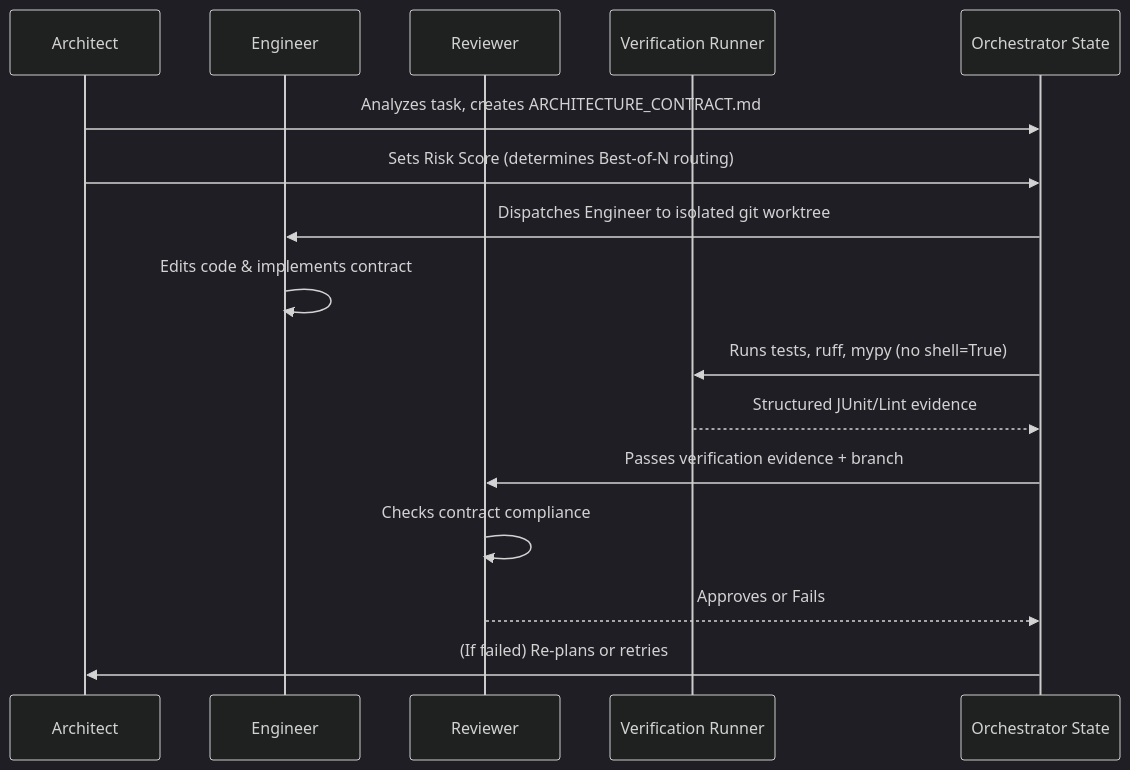
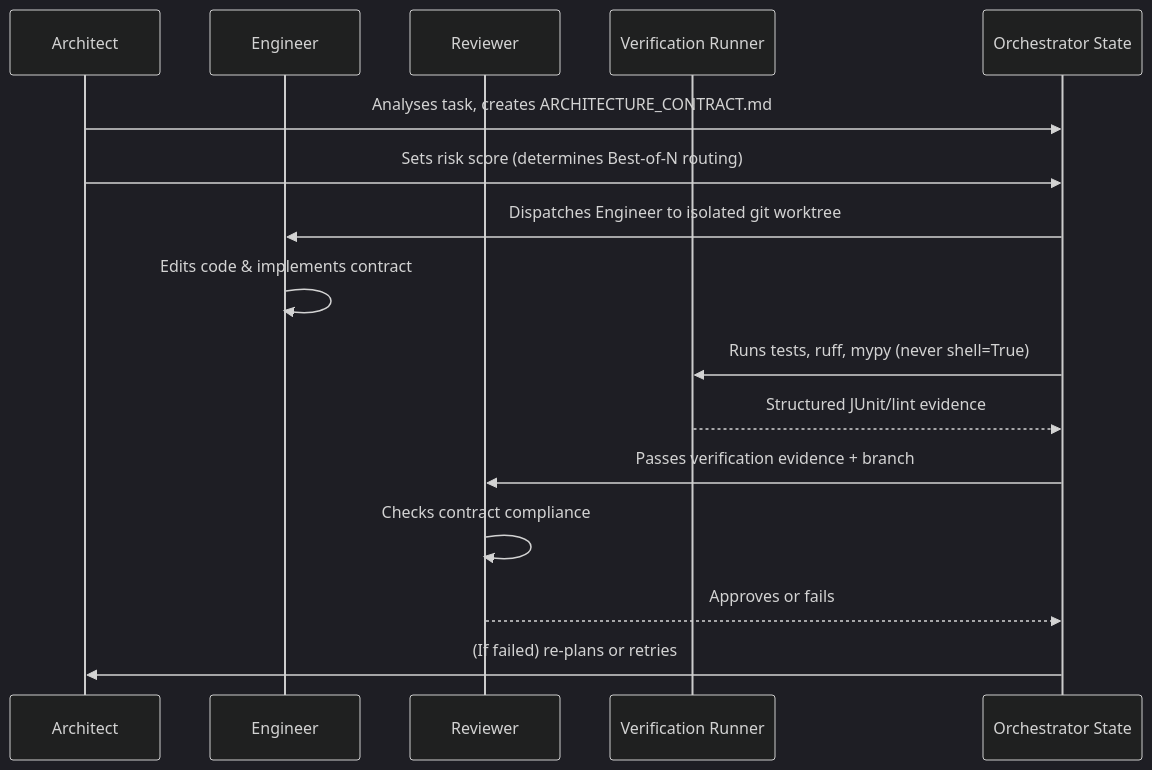
The diagram in skills/swarm-orchestration/README.md (Ch3fUlrich/agent-skills), drawn with Mermaid (dark theme) before and after one commit. The commit also changed other lines of this file and 15 other files, not shown here.

````diff
--- a/skills/swarm-orchestration/README.md
+++ b/skills/swarm-orchestration/README.md
@@ -9,19 +15,19 @@
 ```mermaid
 sequenceDiagram
     participant A as Architect
     participant E as Engineer
     participant R as Reviewer
     participant V as Verification Runner
     participant O as Orchestrator State
 
-    A->>O: Analyzes task, creates ARCHITECTURE_CONTRACT.md
-    A->>O: Sets Risk Score (determines Best-of-N routing)
+    A->>O: Analyses task, creates ARCHITECTURE_CONTRACT.md
+    A->>O: Sets risk score (determines Best-of-N routing)
     O->>E: Dispatches Engineer to isolated git worktree
     E->>E: Edits code & implements contract
-    O->>V: Runs tests, ruff, mypy (no shell=True)
-    V-->>O: Structured JUnit/Lint evidence
+    O->>V: Runs tests, ruff, mypy (never shell=True)
+    V-->>O: Structured JUnit/lint evidence
     O->>R: Passes verification evidence + branch
     R->>R: Checks contract compliance
-    R-->>O: Approves or Fails
-    O->>A: (If failed) Re-plans or retries
+    R-->>O: Approves or fails
+    O->>A: (If failed) re-plans or retries
 ```
````
